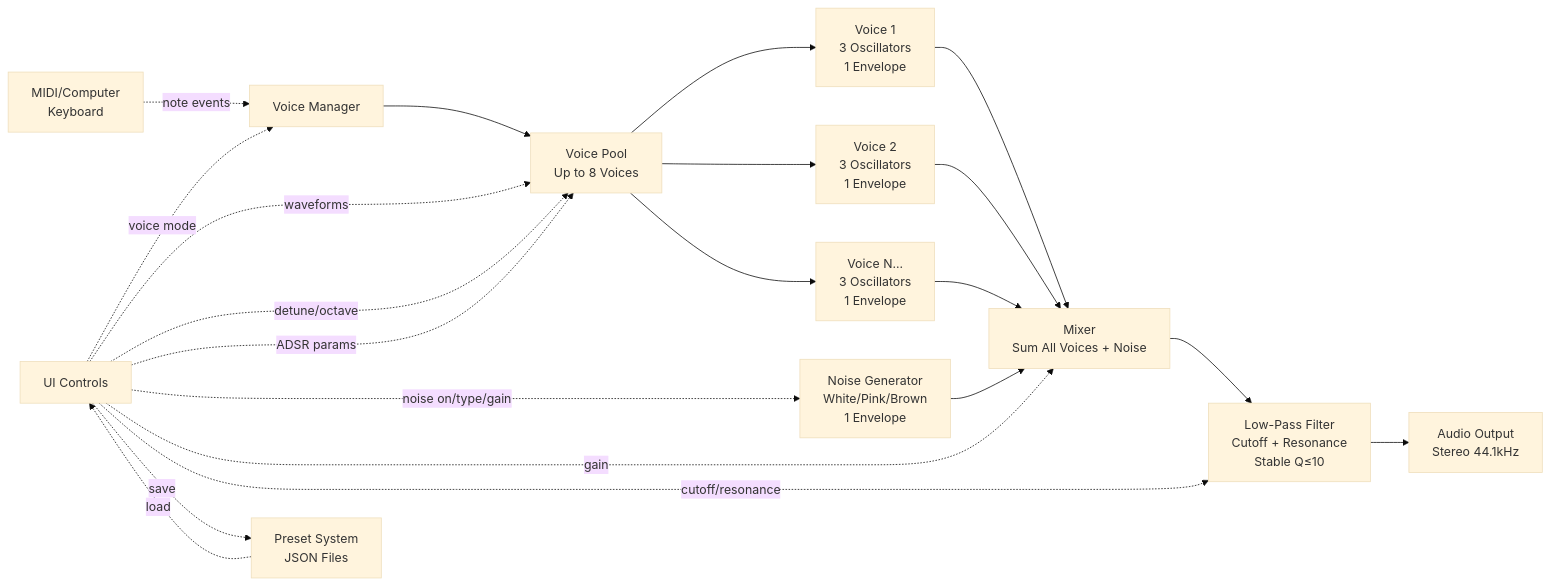
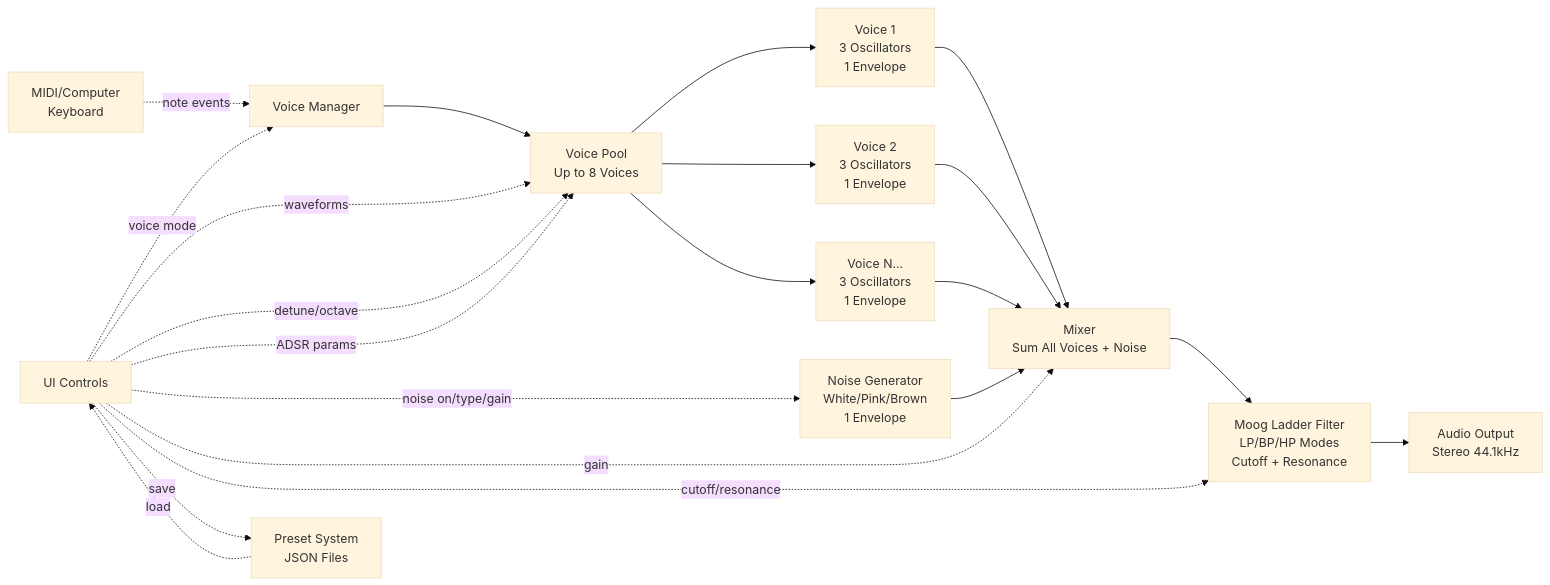
The second of 3 diagrams in README.md (clemgoub/TripleOscillator), drawn with Mermaid (base theme) before and after one commit. The commit also changed other lines of this file, not shown here.

First line of the commit message:
Update README for Moog ladder filter implementation

````diff
--- a/README.md
+++ b/README.md
@@ -308,29 +320,29 @@
 ```mermaid
 graph LR
     MIDI[MIDI/Computer<br/>Keyboard] -.->|note events| VM[Voice Manager]
     VM --> VP[Voice Pool<br/>Up to 8 Voices]
 
     VP --> V1[Voice 1<br/>3 Oscillators<br/>1 Envelope]
     VP --> V2[Voice 2<br/>3 Oscillators<br/>1 Envelope]
     VP --> V3[Voice N...<br/>3 Oscillators<br/>1 Envelope]
 
     NOISE[Noise Generator<br/>White/Pink/Brown<br/>1 Envelope] --> MIX
 
     V1 --> MIX[Mixer<br/>Sum All Voices + Noise]
     V2 --> MIX
     V3 --> MIX
 
-    MIX --> FILT[Low-Pass Filter<br/>Cutoff + Resonance<br/>Stable Q≤10]
+    MIX --> FILT[Moog Ladder Filter<br/>LP/BP/HP Modes<br/>Cutoff + Resonance]
     FILT --> OUT[Audio Output<br/>Stereo 44.1kHz]
 
     UI[UI Controls] -.->|voice mode| VM
     UI -.->|waveforms| VP
     UI -.->|detune/octave| VP
     UI -.->|ADSR params| VP
     UI -.->|noise on/type/gain| NOISE
     UI -.->|gain| MIX
     UI -.->|cutoff/resonance| FILT
 
     PRESET[Preset System<br/>JSON Files] -.->|load| UI
     UI -.->|save| PRESET
 ```
````
